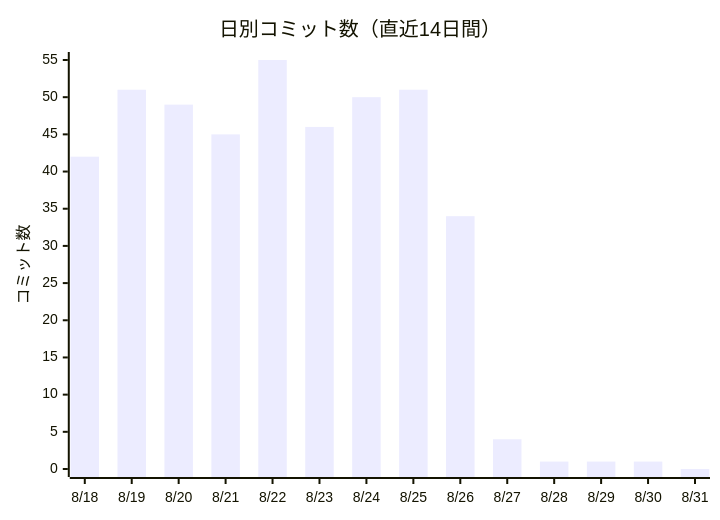
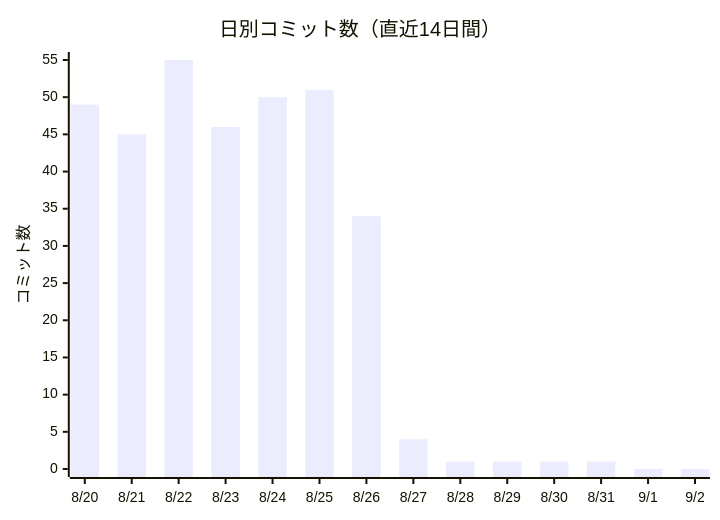
Before and after one commit to non-x2/non-x2: the first of 2 diagrams in docs/進化レポート.md, drawn with Mermaid. The commit also changed other lines of this file and 3 other files, not shown here.

````diff
--- a/docs/進化レポート.md
+++ b/docs/進化レポート.md
@@ -23,7 +23,7 @@
 ```mermaid
 xychart-beta
     title "日別コミット数（直近14日間）"
-    x-axis ["8/18", "8/19", "8/20", "8/21", "8/22", "8/23", "8/24", "8/25", "8/26", "8/27", "8/28", "8/29", "8/30", "8/31"]
+    x-axis ["8/20", "8/21", "8/22", "8/23", "8/24", "8/25", "8/26", "8/27", "8/28", "8/29", "8/30", "8/31", "9/1", "9/2"]
     y-axis "コミット数"
-    bar [42, 51, 49, 45, 55, 46, 50, 51, 34, 4, 1, 1, 1, 0]
+    bar [49, 45, 55, 46, 50, 51, 34, 4, 1, 1, 1, 1, 0, 0]
 ```
````
